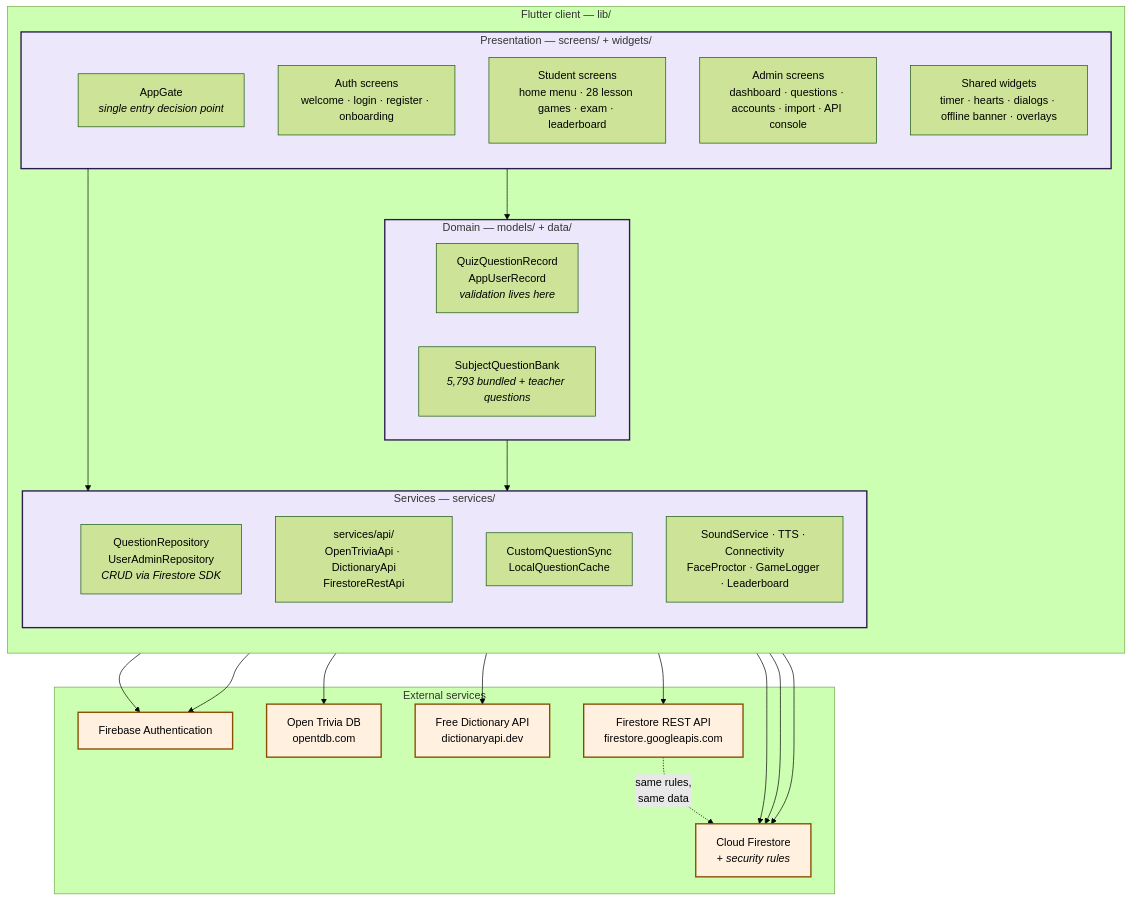
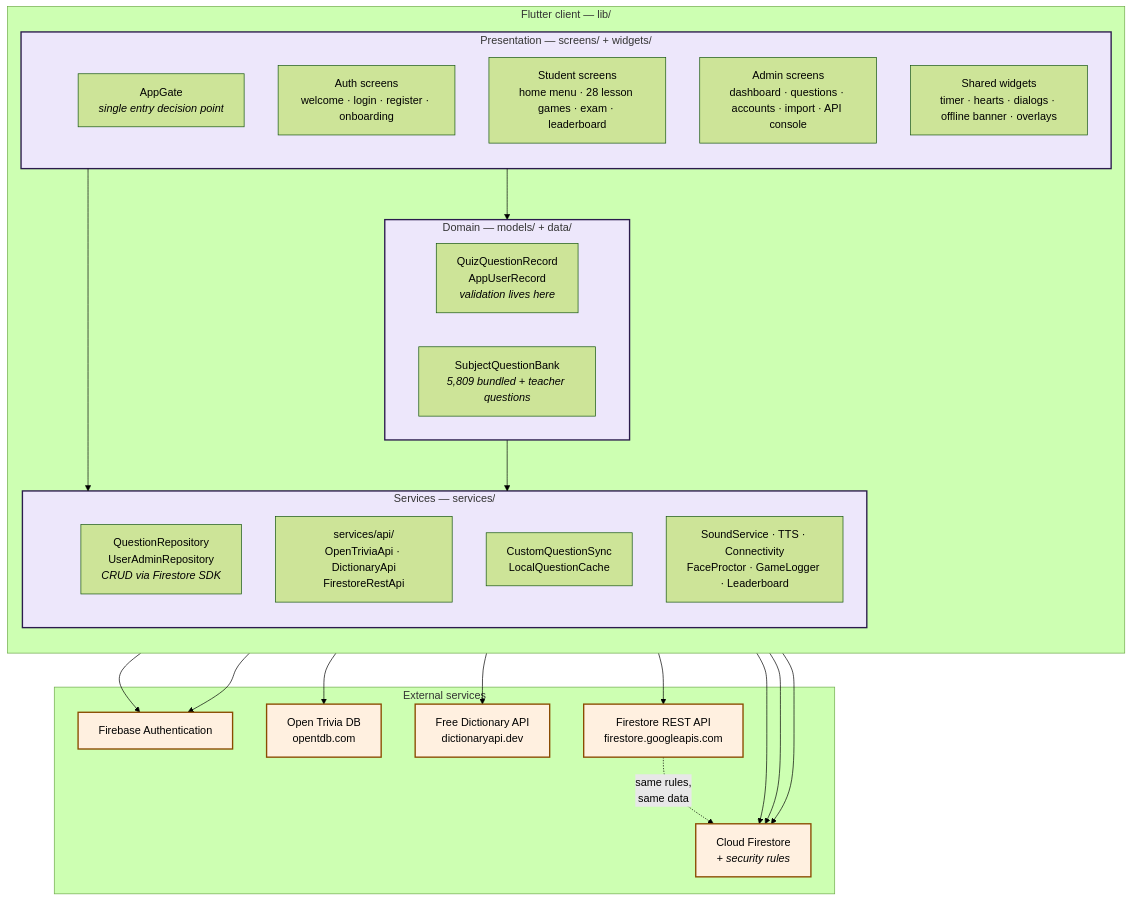
Before and after one commit to JizuruuZuru/Lock-In: the first of 7 diagrams in docs/ARCHITECTURE.md, drawn with Mermaid (forest theme). The commit also changed other lines of this file and 42 other files, not shown here.

````diff
--- a/docs/ARCHITECTURE.md
+++ b/docs/ARCHITECTURE.md
@@ -10,52 +10,52 @@
 ```mermaid
 flowchart TB
     subgraph client["Flutter client — lib/"]
         direction TB
 
         subgraph ui["Presentation — screens/ + widgets/"]
             gate["AppGate<br/><i>single entry decision point</i>"]
             auth["Auth screens<br/>welcome · login · register · onboarding"]
             student["Student screens<br/>home menu · 28 lesson games · exam · leaderboard"]
             admin["Admin screens<br/>dashboard · questions · accounts · import · API console"]
             shared["Shared widgets<br/>timer · hearts · dialogs · offline banner · overlays"]
         end
 
         subgraph domain["Domain — models/ + data/"]
             models["QuizQuestionRecord<br/>AppUserRecord<br/><i>validation lives here</i>"]
-            bank["SubjectQuestionBank<br/><i>5,793 bundled + teacher questions</i>"]
+            bank["SubjectQuestionBank<br/><i>5,809 bundled + teacher questions</i>"]
         end
 
         subgraph svc["Services — services/"]
             repos["QuestionRepository<br/>UserAdminRepository<br/><i>CRUD via Firestore SDK</i>"]
             apis["services/api/<br/>OpenTriviaApi · DictionaryApi<br/>FirestoreRestApi"]
             sync["CustomQuestionSync<br/>LocalQuestionCache"]
             support["SoundService · TTS · Connectivity<br/>FaceProctor · GameLogger · Leaderboard"]
         end
     end
 
     subgraph external["External services"]
         fbauth["Firebase Authentication"]
         fs["Cloud Firestore<br/><i>+ security rules</i>"]
         otdb["Open Trivia DB<br/>opentdb.com"]
         dict["Free Dictionary API<br/>dictionaryapi.dev"]
         rest["Firestore REST API<br/>firestore.googleapis.com"]
     end
 
     ui --> domain
     ui --> svc
     domain --> svc
     repos --> fs
     sync --> fs
     support --> fs
     gate --> fbauth
     auth --> fbauth
     apis --> otdb
     apis --> dict
     apis --> rest
     rest -.->|"same rules,<br/>same data"| fs
 
     classDef layer fill:#EDE7FB,stroke:#2B1B4D,stroke-width:2px
     classDef ext fill:#FFF0E0,stroke:#8A4B00,stroke-width:2px
     class ui,domain,svc layer
     class fbauth,fs,otdb,dict,rest ext
 ```
````
